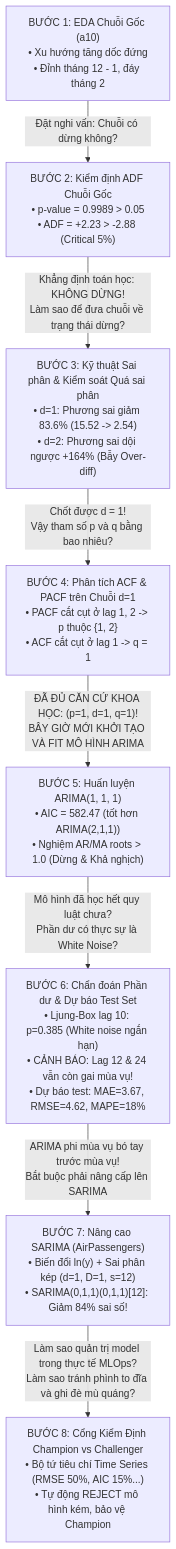
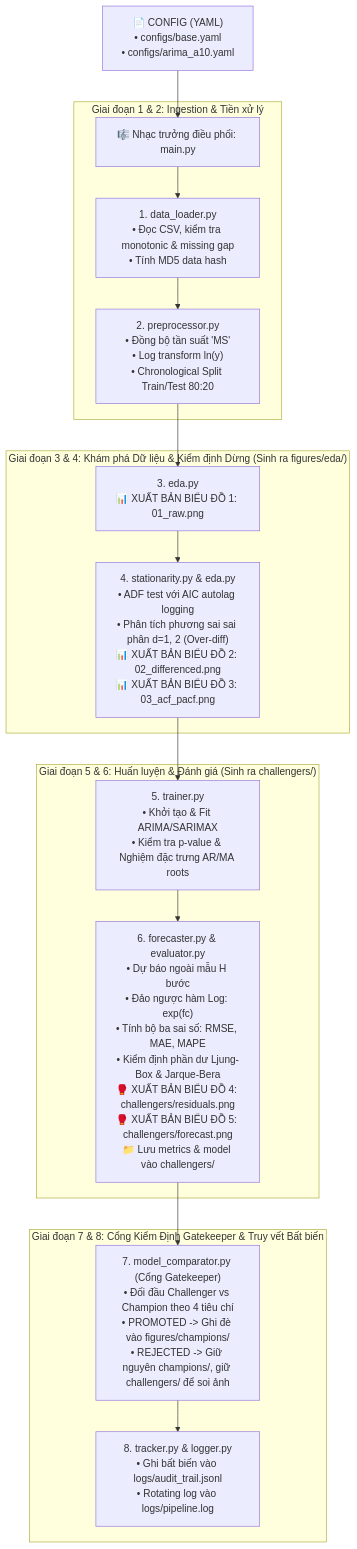
The diagram in lab2/reports/KICH_BAN_THUYET_TRINH_TOAN_DIEN_LAB2.md (ThanhLong3125/TimeSeries), drawn with Mermaid before and after one commit. The commit also changed other lines of this file and 1 other file, not shown here.

Commit message:
docs(presentation): add pipeline architecture and sequential execution order for result plots

````diff
--- a/lab2/reports/KICH_BAN_THUYET_TRINH_TOAN_DIEN_LAB2.md
+++ b/lab2/reports/KICH_BAN_THUYET_TRINH_TOAN_DIEN_LAB2.md
@@ -14,16 +29,24 @@
 ```mermaid
 flowchart TD
-    Step1["BƯỚC 1: EDA Chuỗi Gốc (a10)<br>• Xu hướng tăng dốc đứng<br>• Đỉnh tháng 12 - 1, đáy tháng 2"] -->|"Đặt nghi vấn: Chuỗi có dừng không?"| Step2["BƯỚC 2: Kiểm định ADF Chuỗi Gốc<br>• p-value = 0.9989 > 0.05<br>• ADF = +2.23 > -2.88 (Critical 5%)"]
+    Config["📄 CONFIG (YAML)<br>• configs/base.yaml<br>• configs/arima_a10.yaml"] --> Main["🎼 Nhạc trưởng điều phối: main.py"]
     
-    Step2 -->|"Khẳng định toán học: KHÔNG DỪNG!<br>Làm sao để đưa chuỗi về trạng thái dừng?"| Step3["BƯỚC 3: Kỹ thuật Sai phân & Kiểm soát Quá sai phân<br>• d=1: Phương sai giảm 83.6% (15.52 -> 2.54)<br>• d=2: Phương sai dội ngược +164% (Bẫy Over-diff)"]
-    
-    Step3 -->|"Chốt được d = 1!<br>Vậy tham số p và q bằng bao nhiêu?"| Step4["BƯỚC 4: Phân tích ACF & PACF trên Chuỗi d=1<br>• PACF cắt cụt ở lag 1, 2 -> p thuộc {1, 2}<br>• ACF cắt cụt ở lag 1 -> q = 1"]
-    
-    Step4 -->|"ĐÃ ĐỦ CĂN CỨ KHOA HỌC: (p=1, d=1, q=1)!<br>BÂY GIỜ MỚI KHỞI TẠO VÀ FIT MÔ HÌNH ARIMA"| Step5["BƯỚC 5: Huấn luyện ARIMA(1, 1, 1)<br>• AIC = 582.47 (tốt hơn ARIMA(2,1,1))<br>• Nghiệm AR/MA roots > 1.0 (Dừng & Khả nghịch)"]
-    
-    Step5 -->|"Mô hình đã học hết quy luật chưa?<br>Phần dư có thực sự là White Noise?"| Step6["BƯỚC 6: Chẩn đoán Phần dư & Dự báo Test Set<br>• Ljung-Box lag 10: p=0.385 (White noise ngắn hạn)<br>• CẢNH BÁO: Lag 12 & 24 vẫn còn gai mùa vụ!<br>• Dự báo test: MAE=3.67, RMSE=4.62, MAPE=18%"]
-    
-    Step6 -->|"ARIMA phi mùa vụ bó tay trước mùa vụ!<br>Bắt buộc phải nâng cấp lên SARIMA"| Step7["BƯỚC 7: Nâng cao SARIMA (AirPassengers)<br>• Biến đổi ln(y) + Sai phân kép (d=1, D=1, s=12)<br>• SARIMA(0,1,1)(0,1,1)[12]: Giảm 84% sai số!"]
-    
-    Step7 -->|"Làm sao quản trị model trong thực tế MLOps?<br>Làm sao tránh phình to đĩa và ghi đè mù quáng?"| Step8["BƯỚC 8: Cổng Kiểm Định Champion vs Challenger<br>• Bộ tứ tiêu chí Time Series (RMSE 50%, AIC 15%...)<br>• Tự động REJECT mô hình kém, bảo vệ Champion"]
+    subgraph S1["Giai đoạn 1 & 2: Ingestion & Tiền xử lý"]
+        Main --> Step1["1. data_loader.py<br>• Đọc CSV, kiểm tra monotonic & missing gap<br>• Tính MD5 data hash"]
+        Step1 --> Step2["2. preprocessor.py<br>• Đồng bộ tần suất 'MS'<br>• Log transform ln(y)<br>• Chronological Split Train/Test 80:20"]
+    end
+
+    subgraph S2["Giai đoạn 3 & 4: Khám phá Dữ liệu & Kiểm định Dừng (Sinh ra figures/eda/)"]
+        Step2 --> Step3["3. eda.py<br>📊 XUẤT BẢN BIỂU ĐỒ 1: 01_raw.png"]
+        Step3 --> Step4["4. stationarity.py & eda.py<br>• ADF test với AIC autolag logging<br>• Phân tích phương sai sai phân d=1, 2 (Over-diff)<br>📊 XUẤT BẢN BIỂU ĐỒ 2: 02_differenced.png<br>📊 XUẤT BẢN BIỂU ĐỒ 3: 03_acf_pacf.png"]
+    end
+
+    subgraph S3["Giai đoạn 5 & 6: Huấn luyện & Đánh giá (Sinh ra challengers/)"]
+        Step4 --> Step5["5. trainer.py<br>• Khởi tạo & Fit ARIMA/SARIMAX<br>• Kiểm tra p-value & Nghiệm đặc trưng AR/MA roots"]
+        Step5 --> Step6["6. forecaster.py & evaluator.py<br>• Dự báo ngoài mẫu H bước<br>• Đảo ngược hàm Log: exp(fc)<br>• Tính bộ ba sai số: RMSE, MAE, MAPE<br>• Kiểm định phần dư Ljung-Box & Jarque-Bera<br>🥊 XUẤT BẢN BIỂU ĐỒ 4: challengers/residuals.png<br>🥊 XUẤT BẢN BIỂU ĐỒ 5: challengers/forecast.png<br>📁 Lưu metrics & model vào challengers/"]
+    end
+
+    subgraph S4["Giai đoạn 7 & 8: Cổng Kiểm Định Gatekeeper & Truy vết Bất biến"]
+        Step6 --> Step7["7. model_comparator.py (Cổng Gatekeeper)<br>• Đối đầu Challenger vs Champion theo 4 tiêu chí<br>• PROMOTED -> Ghi đè vào figures/champions/<br>• REJECTED -> Giữ nguyên champions/, giữ challengers/ để soi ảnh"]
+        Step7 --> Step8["8. tracker.py & logger.py<br>• Ghi bất biến vào logs/audit_trail.jsonl<br>• Rotating log vào logs/pipeline.log"]
+    end
 ```
````
